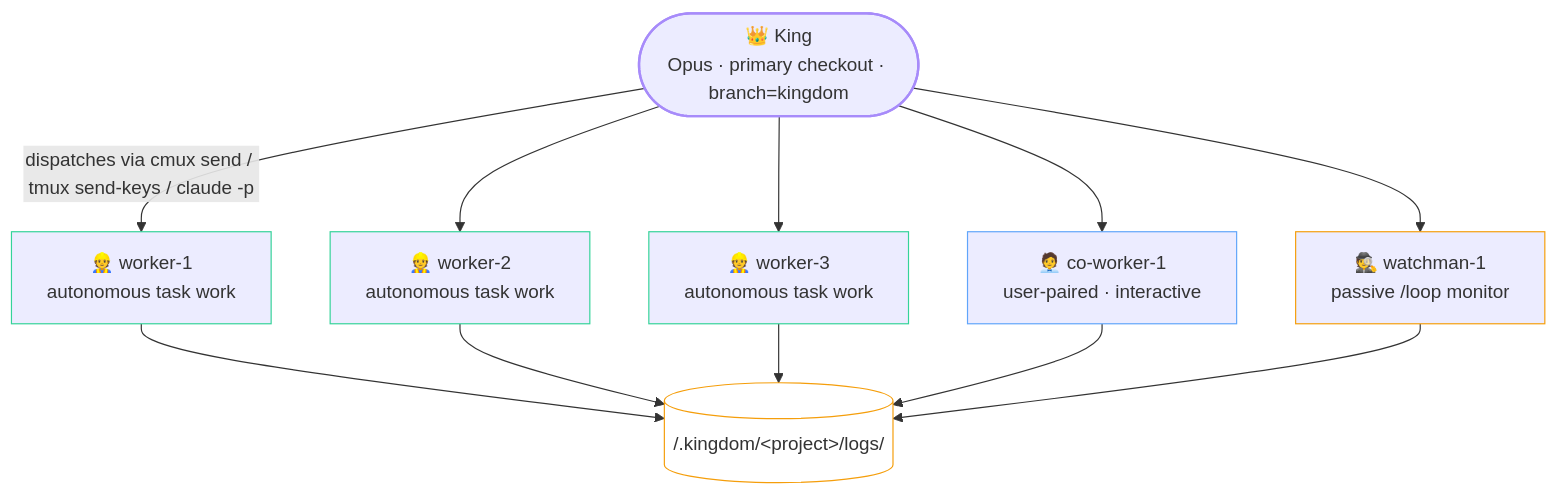
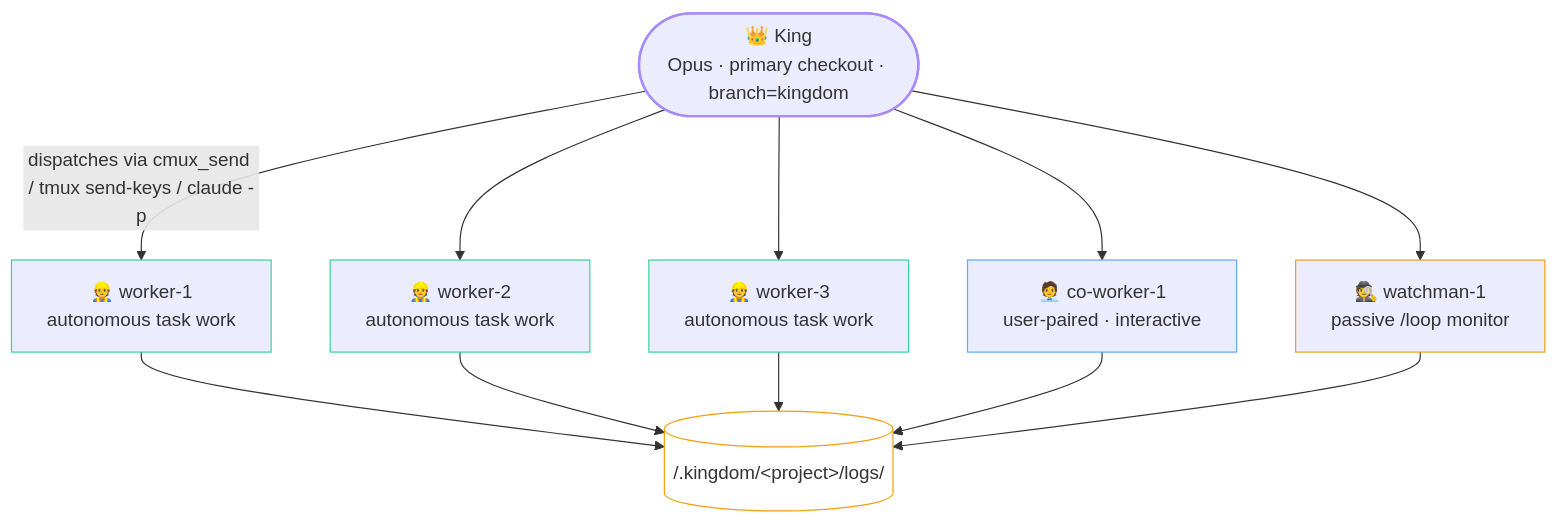
Before and after one commit to chatthong/kingdom: the diagram in .kingdom/.setting/index.md, drawn with Mermaid. The commit also changed other lines of this file and 69 other files, not shown here.

````diff
--- a/.kingdom/.setting/index.md
+++ b/.kingdom/.setting/index.md
@@ -228,24 +228,24 @@
 ```mermaid
 graph TB
     K([👑 King\nOpus · primary checkout · branch=kingdom])
 
-    K -->|"dispatches via cmux send / tmux send-keys / claude -p"| W1[👷 worker-1\nautonomous task work]
+    K -->|"dispatches via cmux_send / tmux send-keys / claude -p"| W1[👷 worker-1\nautonomous task work]
     K --> W2[👷 worker-2\nautonomous task work]
     K --> W3[👷 worker-3\nautonomous task work]
     K --> CW[🧑‍💼 co-worker-1\nuser-paired · interactive]
     K --> WM[🕵️ watchman-1\npassive /loop monitor]
 
     W1 & W2 & W3 & CW & WM --> LOGS[(<WS>/.kingdom/&lt;project&gt;/logs/)]
 
     classDef king stroke:#a78bfa,stroke-width:2px
     classDef worker stroke:#34d399,stroke-width:1px
     classDef coworker stroke:#60a5fa,stroke-width:1px
     classDef watchman stroke:#f59e0b,stroke-width:1px
     classDef store stroke:#f59e0b,stroke-width:1px,fill:none
 
     class K king
     class W1,W2,W3 worker
     class CW coworker
     class WM watchman
     class LOGS store
 ```
````
